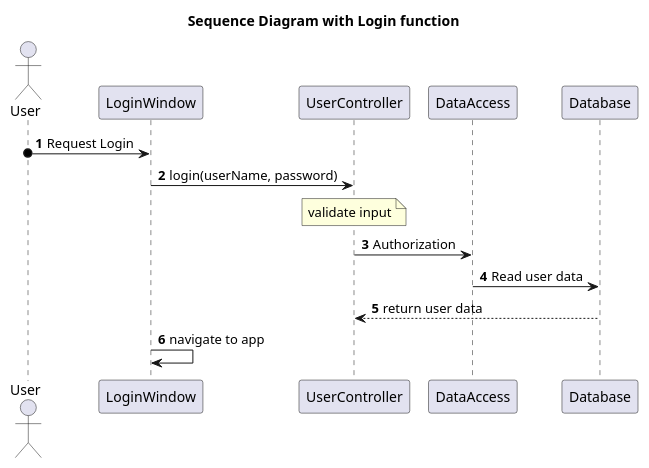
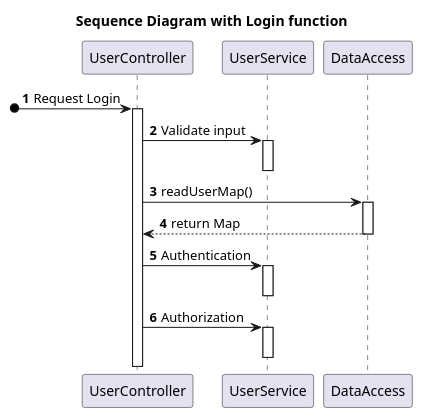
Before and after one commit to anhvu2889/miu-cs401-mpp: the diagram in mpp-cs401/src/midterm/diagram/login.puml, drawn with PlantUML. The commit also changed 8 other files, not shown here.

Commit message:
update diagram

```diff
--- a/mpp-cs401/src/midterm/diagram/login.puml
+++ b/mpp-cs401/src/midterm/diagram/login.puml
@@ -1,21 +1,24 @@
 @startuml
 
 title Sequence Diagram with Login function
 
-autonumber 1 1
+autonumber
 
-actor User
-participant "LoginWindow" as lw
 participant "UserController" as uc
+participant "UserService" as us
 participant "DataAccess" as da
-participant "Database" as db
 
-User o-> lw: Request Login
-lw -> uc: login(userName, password)
-note over uc: validate input
-uc -> da: Authorization
-da -> db: Read user data
-db --> uc: return user data
-lw -> lw: navigate to app
+[o-> uc++: Request Login
+uc -> us++: Validate input
+deactivate
+
+uc -> da++: readUserMap()
+da --> uc--: return Map
+
+uc -> us++: Authentication
+deactivate
+
+uc -> us++: Authorization
+deactivate
 
 @enduml
```
